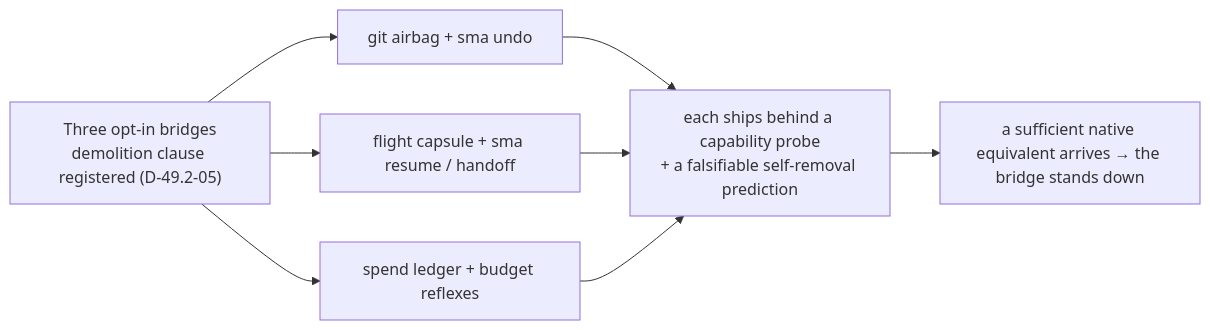
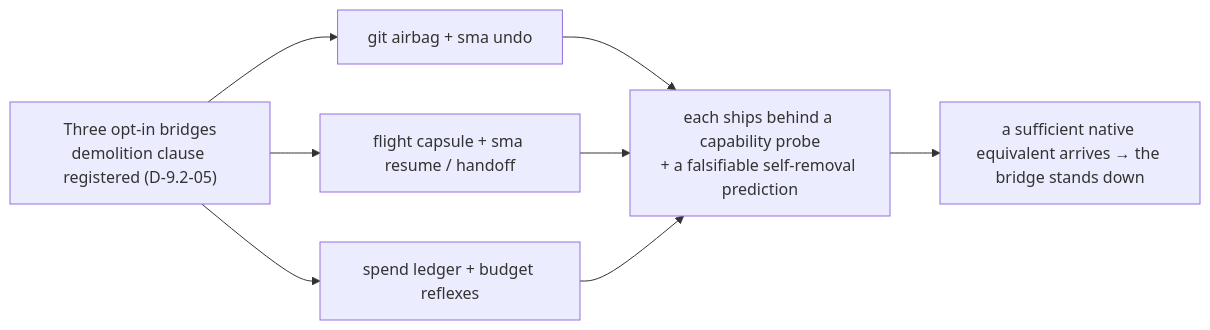
Diagram 20 of 24 in README.md (sma-framework/sma), drawn with Mermaid before and after one commit. The commit also changed other lines of this file and 257 other files, not shown here.

````diff
--- a/README.md
+++ b/README.md
@@ -726,8 +726,8 @@
 ```mermaid
 flowchart LR
-    B["Three opt-in bridges<br>demolition clause registered (D-49.2-05)"] --> A1["git airbag + sma undo"]
+    B["Three opt-in bridges<br>demolition clause registered (D-9.2-05)"] --> A1["git airbag + sma undo"]
     B --> A2["flight capsule + sma resume / handoff"]
     B --> A3["spend ledger + budget reflexes"]
     A1 & A2 & A3 --> DC["each ships behind a capability probe<br>+ a falsifiable self-removal prediction"]
     DC --> STAND["a sufficient native equivalent arrives → the bridge stands down"]
 ```
````
